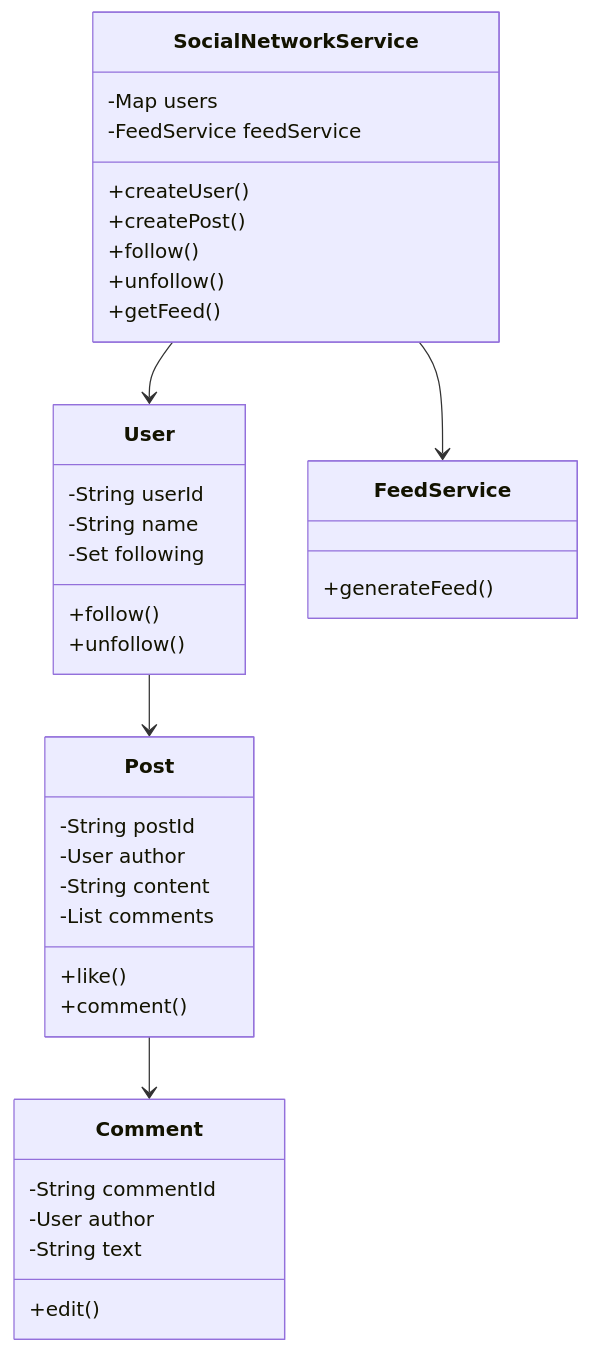
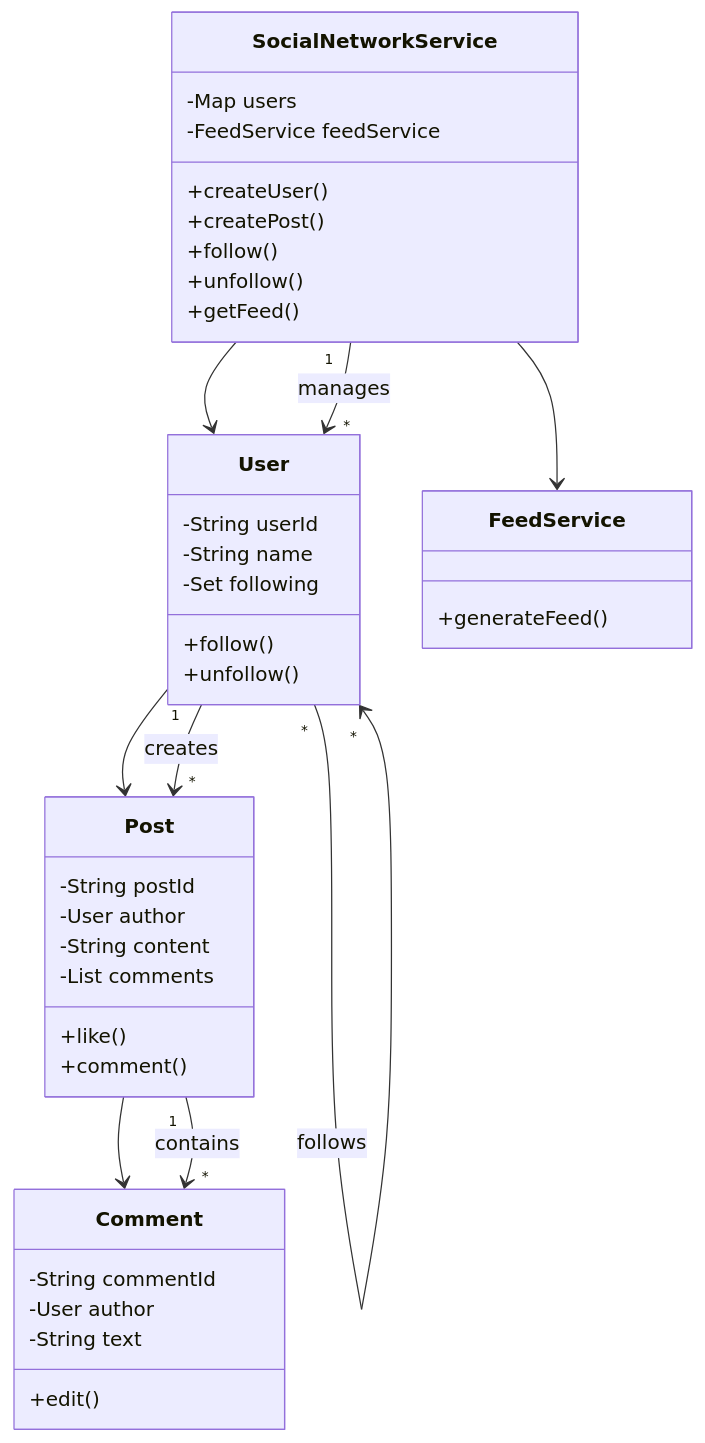
One commit to mthaiseer/springcloud-systemdesign-notes changed the ninth of 19 diagrams in LLD_NOTES/lld_visual_java_reference_mermaid_full_implementation.md. Above: the diagram before and after it, drawn with Mermaid. The commit also changed other lines of this file, not shown here.

````diff
--- a/LLD_NOTES/lld_visual_java_reference_mermaid_full_implementation.md
+++ b/LLD_NOTES/lld_visual_java_reference_mermaid_full_implementation.md
@@ -1793,40 +2064,45 @@
 ```mermaid
 classDiagram
   class SocialNetworkService {
     -Map users
     -FeedService feedService
     +createUser()
     +createPost()
     +follow()
     +unfollow()
     +getFeed()
   }
   class User {
     -String userId
     -String name
     -Set following
     +follow()
     +unfollow()
   }
   class Post {
     -String postId
     -User author
     -String content
     -List comments
     +like()
     +comment()
   }
   class Comment {
     -String commentId
     -User author
     -String text
     +edit()
   }
   class FeedService {
     +generateFeed()
   }
   SocialNetworkService --> User
   SocialNetworkService --> FeedService
   User --> Post
   Post --> Comment
+  %% Cardinality relationships
+  SocialNetworkService "1" --> "*" User : manages
+  User "1" --> "*" Post : creates
+  Post "1" --> "*" Comment : contains
+  User "*" --> "*" User : follows
 ```
````
